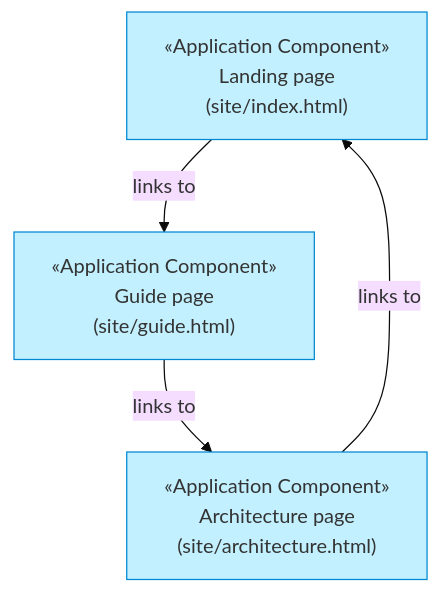
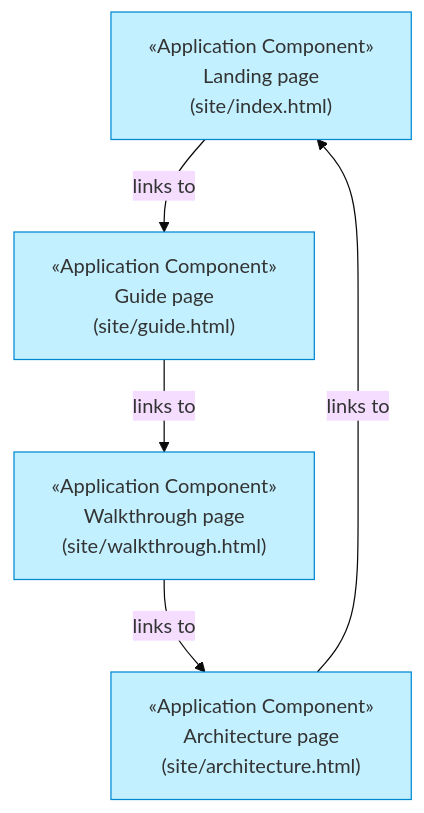
Before and after one commit to roanboc/architecture-archreator: the diagram in example/docs/ea/4_application/README.md, drawn with Mermaid (base theme). The commit also changed other lines of this file and 16 other files, not shown here.

````diff
--- a/example/docs/ea/4_application/README.md
+++ b/example/docs/ea/4_application/README.md
@@ -25,12 +25,14 @@
 ```mermaid
 flowchart TB
   index["«Application Component»<br>Landing page<br>(site/index.html)"]:::application
   guide["«Application Component»<br>Guide page<br>(site/guide.html)"]:::application
+  walk["«Application Component»<br>Walkthrough page<br>(site/walkthrough.html)"]:::application
   arch["«Application Component»<br>Architecture page<br>(site/architecture.html)"]:::application
 
   index -->|links to| guide
-  guide -->|links to| arch
+  guide -->|links to| walk
+  walk -->|links to| arch
   arch -->|links to| index
 
   classDef application fill:#c2f0ff,stroke:#0288d1,color:#333
 ```
````
